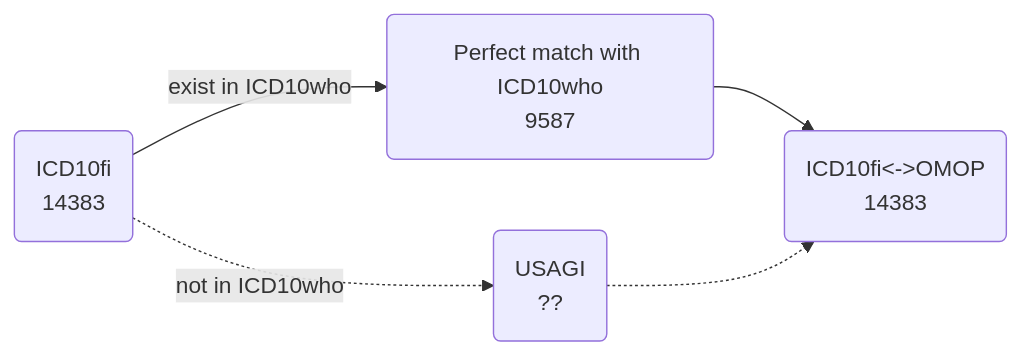
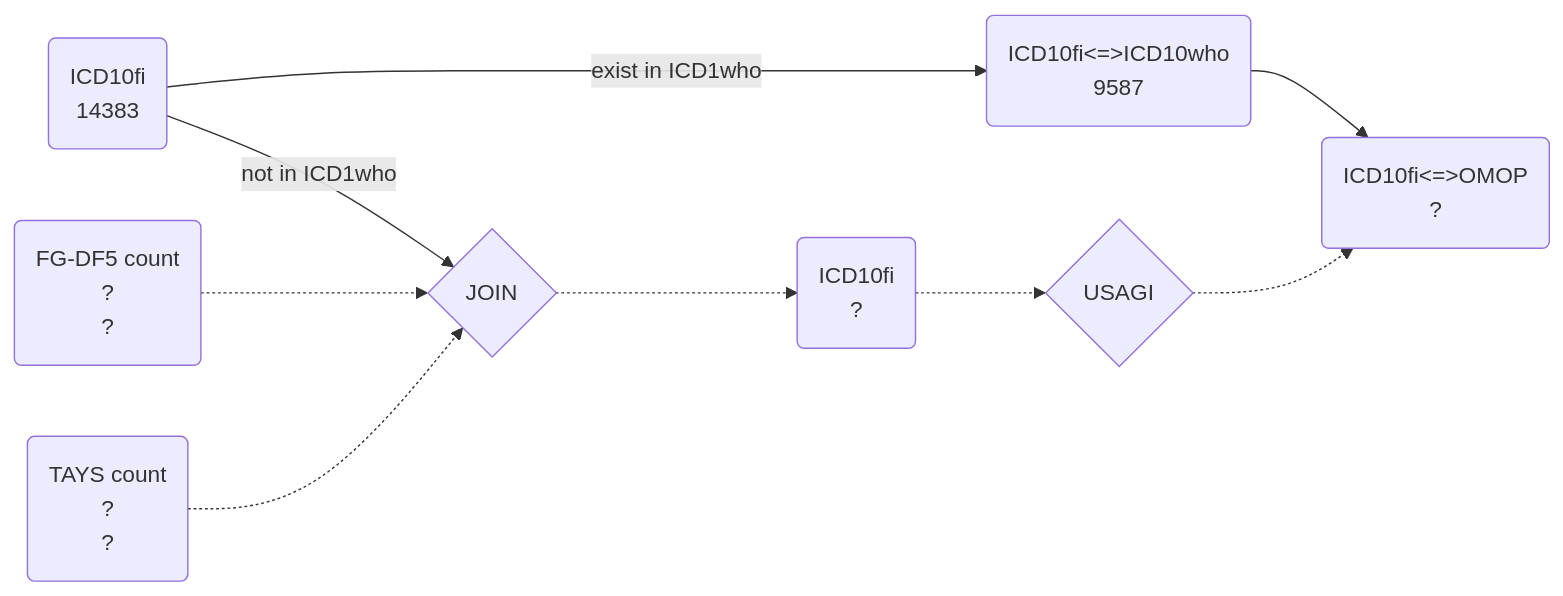
One commit to FINNGEN/mapping_finland changed the sixth of 7 diagrams in README.md. Above: the diagram before and after it, drawn with Mermaid. The commit also changed other lines of this file, not shown here.

````diff
--- a/README.md
+++ b/README.md
@@ -86,7 +134,8 @@
 ```mermaid
 graph LR
-    A("ICD10fi<br>14383")-- "exist in ICD10who" -->
-      B("Perfect match with ICD10who<br>9587") -- " " -->
-      C("ICD10fi<->OMOP<br>14383")
-    A-. not in ICD10who .-> E("USAGI<br>??")-. " " .-> C
+    A("ICD10fi<br>14383")--"exist in ICD1who"-->
+      B("ICD10fi<=>ICD10who<br>9587")  --> C("ICD10fi<=>OMOP<br>?")
+    A--"not in ICD1who"--> J-.-> V("ICD10fi<br>?")-.-> E{"USAGI"}-.->  C
+    F("FG-DF5 count<br>?<br>?")-.-> J{"JOIN"}
+    T("TAYS count<br>?<br>?")-.-> J{"JOIN"}
 ```
````
